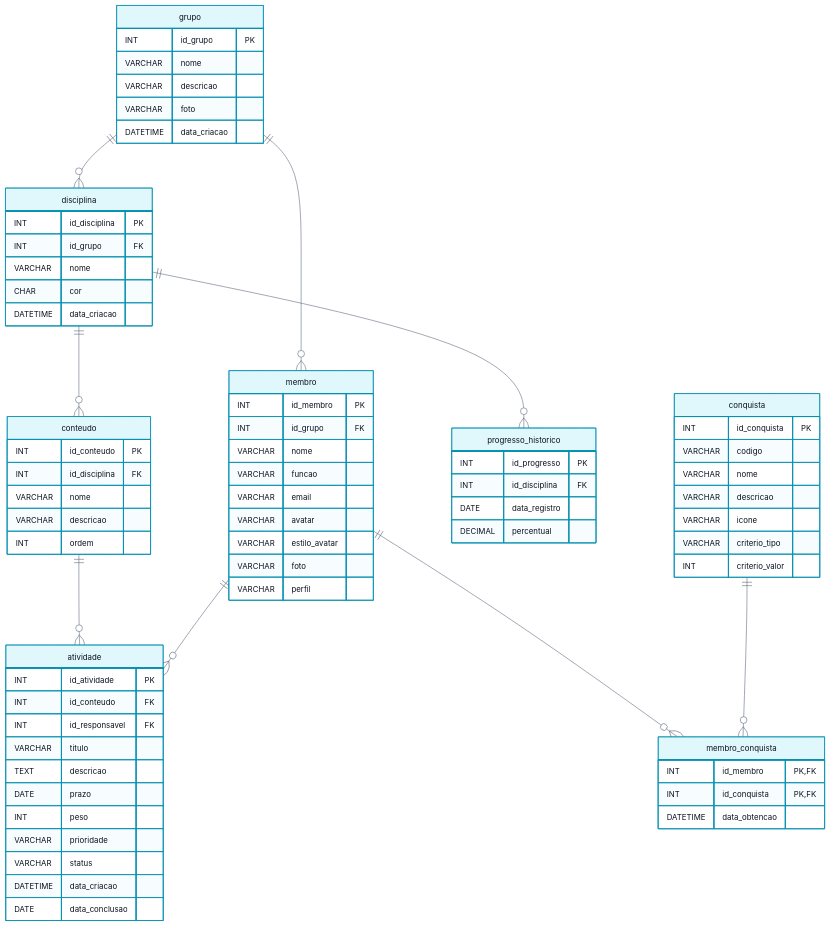
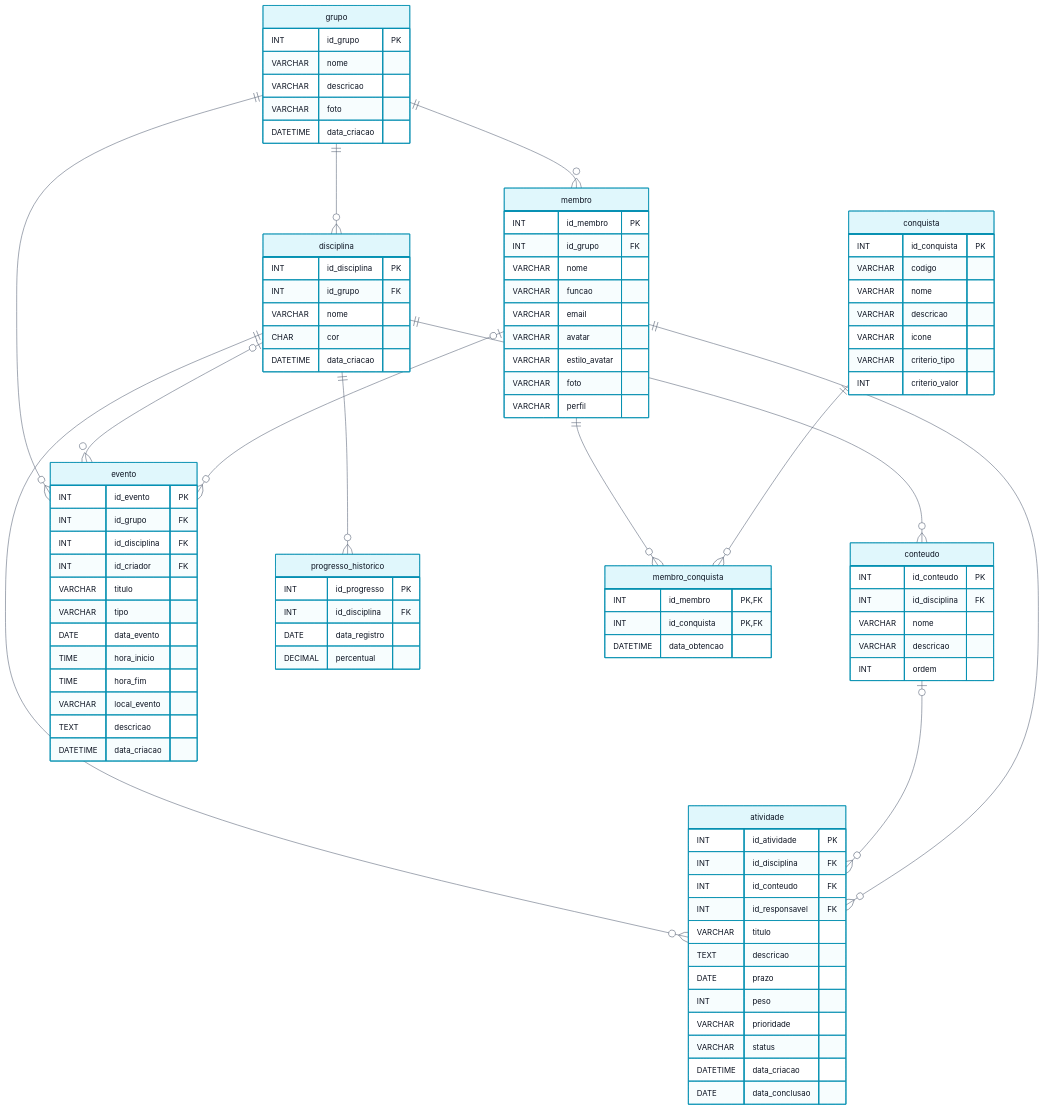
The diagram in banco-de-dados/02-modelo-logico.md (dedeyfogaca/equipe7-vertice), drawn with Mermaid before and after one commit. The commit also changed other lines of this file and 17 other files, not shown here.

Commit message:
docs: modelo de dados e diagramas com eventos e conteúdo opcional

```diff
--- a/banco-de-dados/02-modelo-logico.md
+++ b/banco-de-dados/02-modelo-logico.md
@@ -52,6 +52,7 @@
 
     atividade {
         INT id_atividade PK
+        INT id_disciplina FK
         INT id_conteudo FK
         INT id_responsavel FK
         VARCHAR titulo
@@ -62,6 +63,21 @@
         VARCHAR status
         DATETIME data_criacao
         DATE data_conclusao
+    }
+
+    evento {
+        INT id_evento PK
+        INT id_grupo FK
+        INT id_disciplina FK
+        INT id_criador FK
+        VARCHAR titulo
+        VARCHAR tipo
+        DATE data_evento
+        TIME hora_inicio
+        TIME hora_fim
+        VARCHAR local_evento
+        TEXT descricao
+        DATETIME data_criacao
     }
 
     progresso_historico {
@@ -90,8 +106,12 @@
     grupo ||--o{ membro : ""
     grupo ||--o{ disciplina : ""
     disciplina ||--o{ conteudo : ""
-    conteudo ||--o{ atividade : ""
+    disciplina ||--o{ atividade : ""
+    conteudo |o--o{ atividade : ""
     membro ||--o{ atividade : ""
+    grupo ||--o{ evento : ""
+    disciplina |o--o{ evento : ""
+    membro |o--o{ evento : ""
     disciplina ||--o{ progresso_historico : ""
     membro ||--o{ membro_conquista : ""
     conquista ||--o{ membro_conquista : ""
```
